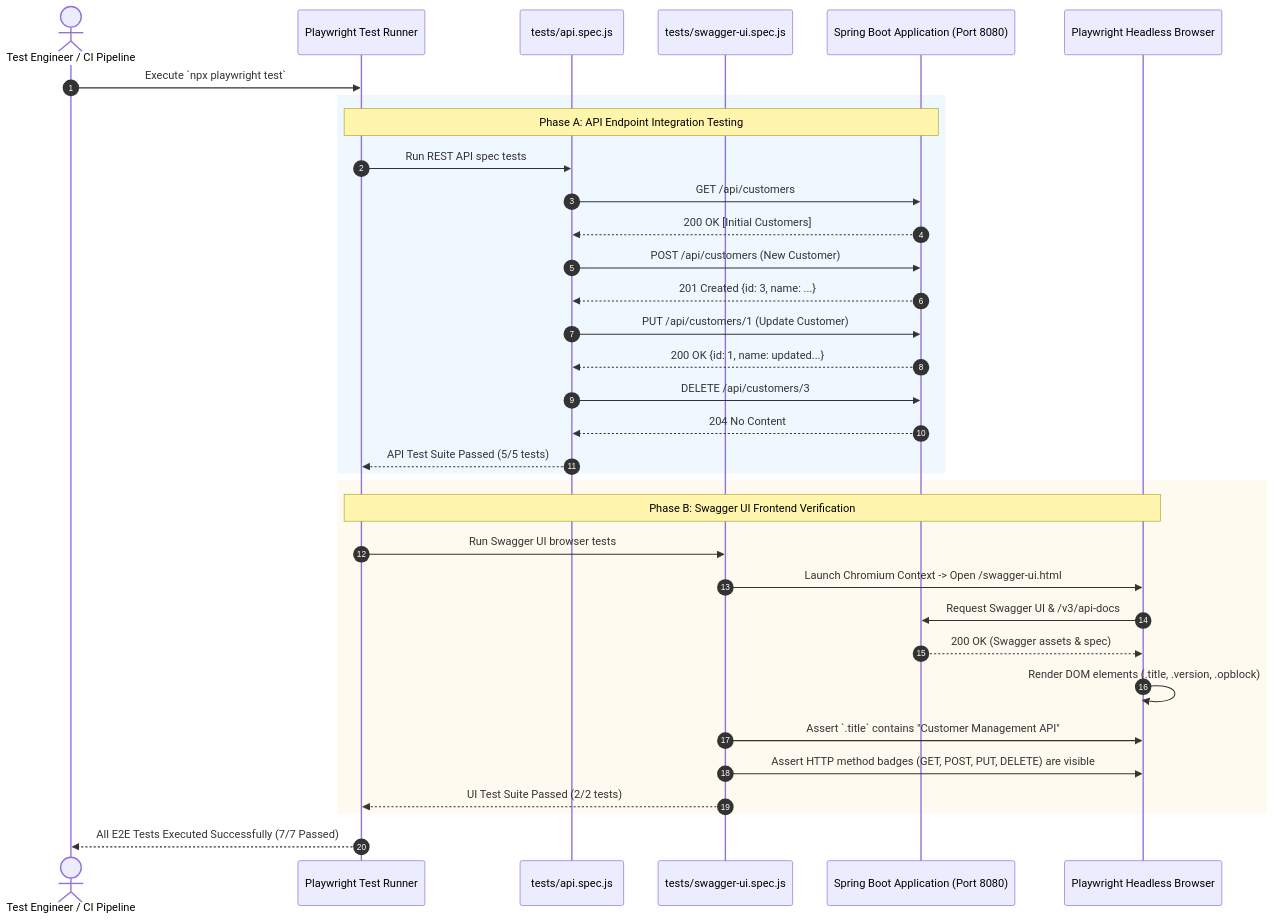
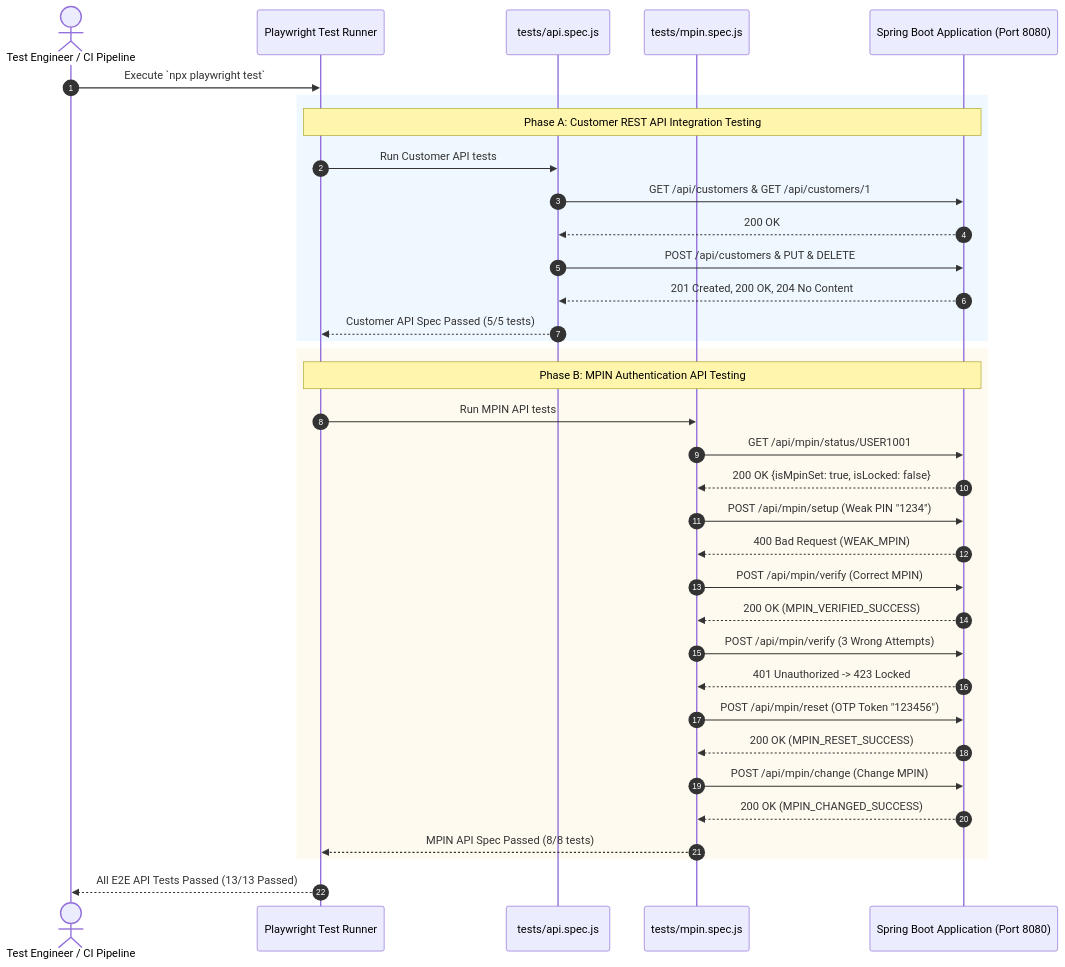
One commit to PiyushBhadane55/Create-and-Test-API-with-Swagger changed the fourth of 4 diagrams in api_server/SEQUENCE_DIAGRAMS.md. Above: the diagram before and after it, drawn with Mermaid. The commit also changed other lines of this file and 41 other files, not shown here.

````diff
--- a/api_server/SEQUENCE_DIAGRAMS.md
+++ b/api_server/SEQUENCE_DIAGRAMS.md
@@ -132,42 +200,43 @@
 ```mermaid
 sequenceDiagram
     autonumber
     actor Tester as Test Engineer / CI Pipeline
     participant Runner as Playwright Test Runner
     participant APISpec as tests/api.spec.js
-    participant UISpec as tests/swagger-ui.spec.js
+    participant MPINSpec as tests/mpin.spec.js
     participant App as Spring Boot Application (Port 8080)
-    participant BrowserCtx as Playwright Headless Browser
 
     Tester->>Runner: Execute `npx playwright test`
     
-    %% API Tests
+    %% Customer API Tests
     rect rgb(240, 248, 255)
-    note over Runner, App: Phase A: API Endpoint Integration Testing
-    Runner->>APISpec: Run REST API spec tests
-    APISpec->>App: GET /api/customers
-    App-->>APISpec: 200 OK [Initial Customers]
-    APISpec->>App: POST /api/customers (New Customer)
-    App-->>APISpec: 201 Created {id: 3, name: ...}
-    APISpec->>App: PUT /api/customers/1 (Update Customer)
-    App-->>APISpec: 200 OK {id: 1, name: updated...}
-    APISpec->>App: DELETE /api/customers/3
-    App-->>APISpec: 204 No Content
-    APISpec-->>Runner: API Test Suite Passed (5/5 tests)
+    note over Runner, App: Phase A: Customer REST API Integration Testing
+    Runner->>APISpec: Run Customer API tests
+    APISpec->>App: GET /api/customers & GET /api/customers/1
+    App-->>APISpec: 200 OK
+    APISpec->>App: POST /api/customers & PUT & DELETE
+    App-->>APISpec: 201 Created, 200 OK, 204 No Content
+    APISpec-->>Runner: Customer API Spec Passed (5/5 tests)
     end
 
-    %% UI Tests
+    %% MPIN API Tests
     rect rgb(255, 250, 240)
-    note over Runner, BrowserCtx: Phase B: Swagger UI Frontend Verification
-    Runner->>UISpec: Run Swagger UI browser tests
-    UISpec->>BrowserCtx: Launch Chromium Context -> Open /swagger-ui.html
-    BrowserCtx->>App: Request Swagger UI & /v3/api-docs
-    App-->>BrowserCtx: 200 OK (Swagger assets & spec)
-    BrowserCtx->>BrowserCtx: Render DOM elements (.title, .version, .opblock)
-    UISpec->>BrowserCtx: Assert `.title` contains "Customer Management API"
-    UISpec->>BrowserCtx: Assert HTTP method badges (GET, POST, PUT, DELETE) are visible
-    UISpec-->>Runner: UI Test Suite Passed (2/2 tests)
+    note over Runner, App: Phase B: MPIN Authentication API Testing
+    Runner->>MPINSpec: Run MPIN API tests
+    MPINSpec->>App: GET /api/mpin/status/USER1001
+    App-->>MPINSpec: 200 OK {isMpinSet: true, isLocked: false}
+    MPINSpec->>App: POST /api/mpin/setup (Weak PIN "1234")
+    App-->>MPINSpec: 400 Bad Request (WEAK_MPIN)
+    MPINSpec->>App: POST /api/mpin/verify (Correct MPIN)
+    App-->>MPINSpec: 200 OK (MPIN_VERIFIED_SUCCESS)
+    MPINSpec->>App: POST /api/mpin/verify (3 Wrong Attempts)
+    App-->>MPINSpec: 401 Unauthorized -> 423 Locked
+    MPINSpec->>App: POST /api/mpin/reset (OTP Token "123456")
+    App-->>MPINSpec: 200 OK (MPIN_RESET_SUCCESS)
+    MPINSpec->>App: POST /api/mpin/change (Change MPIN)
+    App-->>MPINSpec: 200 OK (MPIN_CHANGED_SUCCESS)
+    MPINSpec-->>Runner: MPIN API Spec Passed (8/8 tests)
     end
 
-    Runner-->>Tester: All E2E Tests Executed Successfully (7/7 Passed)
+    Runner-->>Tester: All E2E API Tests Passed (13/13 Passed)
 ```
````
